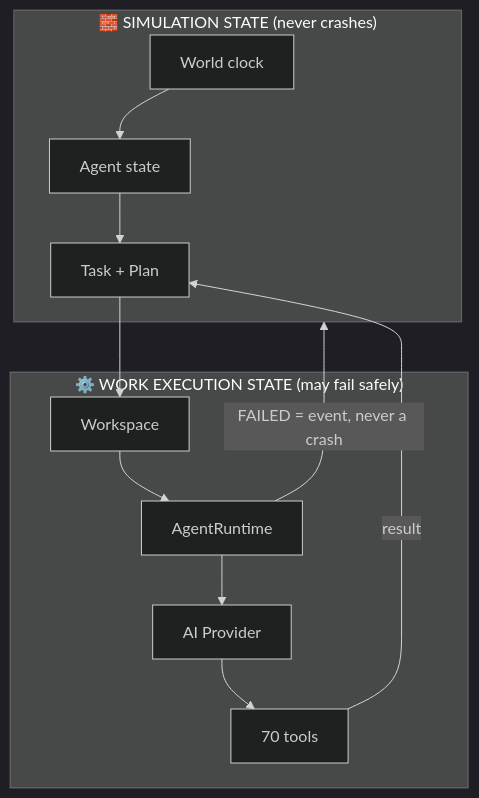
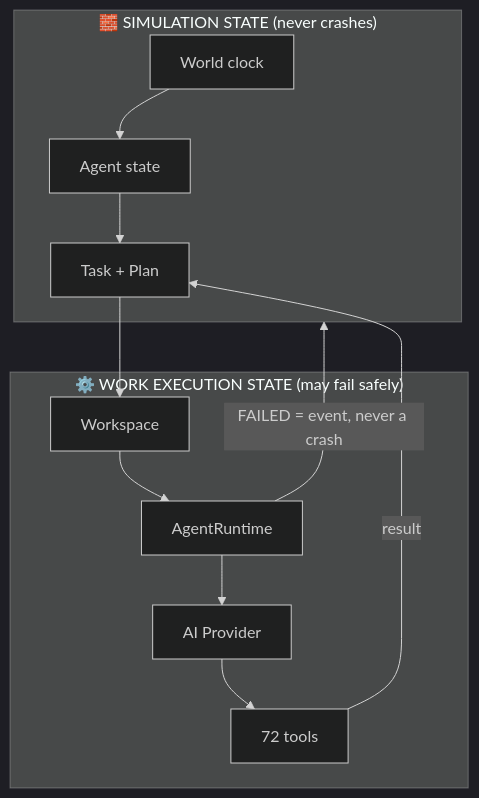
The diagram in README.md (MOT1209/AgentWorld), drawn with Mermaid (dark theme) before and after one commit. The commit also changed other lines of this file and 29 other files, not shown here.

````diff
--- a/README.md
+++ b/README.md
@@ -30,17 +30,17 @@
 ```mermaid
 flowchart TB
     subgraph SIM["🧱 SIMULATION STATE (never crashes)"]
         WORLD[World clock]
         AGENT[Agent state]
         TASK[Task + Plan]
     end
     subgraph WORK["⚙️ WORK EXECUTION STATE (may fail safely)"]
         WS[Workspace]
         RUN[AgentRuntime]
         AI[AI Provider]
-        TOOLS[70 tools]
+        TOOLS[72 tools]
     end
     WORLD --> AGENT --> TASK --> WS --> RUN --> AI --> TOOLS
     TOOLS -->|result| TASK
     RUN -->|FAILED = event, never a crash| SIM
 ```
````
